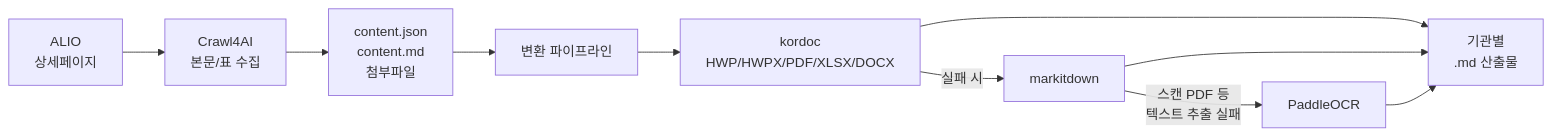
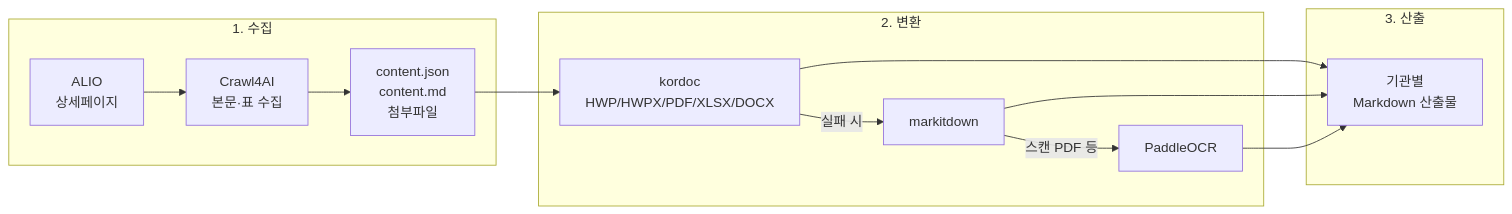
The diagram in README.md (bigone-kcrew/crawl4alio), drawn with Mermaid before and after one commit.

````diff
--- a/README.md
+++ b/README.md
@@ -19,14 +19,21 @@
 ```mermaid
 flowchart LR
-    A["ALIO<br/>상세페이지"] --> B["Crawl4AI<br/>본문/표 수집"]
-    B --> C["content.json<br/>content.md<br/>첨부파일"]
-    C --> D["변환 파이프라인"]
+    subgraph S1["1. 수집"]
+        A["ALIO<br/>상세페이지"] --> B["Crawl4AI<br/>본문·표 수집"]
+        B --> C["content.json<br/>content.md<br/>첨부파일"]
+    end
 
-    D --> E["kordoc<br/>HWP/HWPX/PDF/XLSX/DOCX"]
-    E -->|실패 시| F["markitdown"]
-    F -->|스캔 PDF 등<br/>텍스트 추출 실패| G["PaddleOCR"]
+    subgraph S2["2. 변환"]
+        D["kordoc<br/>HWP/HWPX/PDF/XLSX/DOCX"] -->|실패 시| E["markitdown"]
+        E -->|스캔 PDF 등| F["PaddleOCR"]
+    end
 
-    E --> H["기관별<br/>.md 산출물"]
-    F --> H
-    G --> H
+    subgraph S3["3. 산출"]
+        G["기관별<br/>Markdown 산출물"]
+    end
+
+    C --> D
+    D --> G
+    E --> G
+    F --> G
 ```
````
